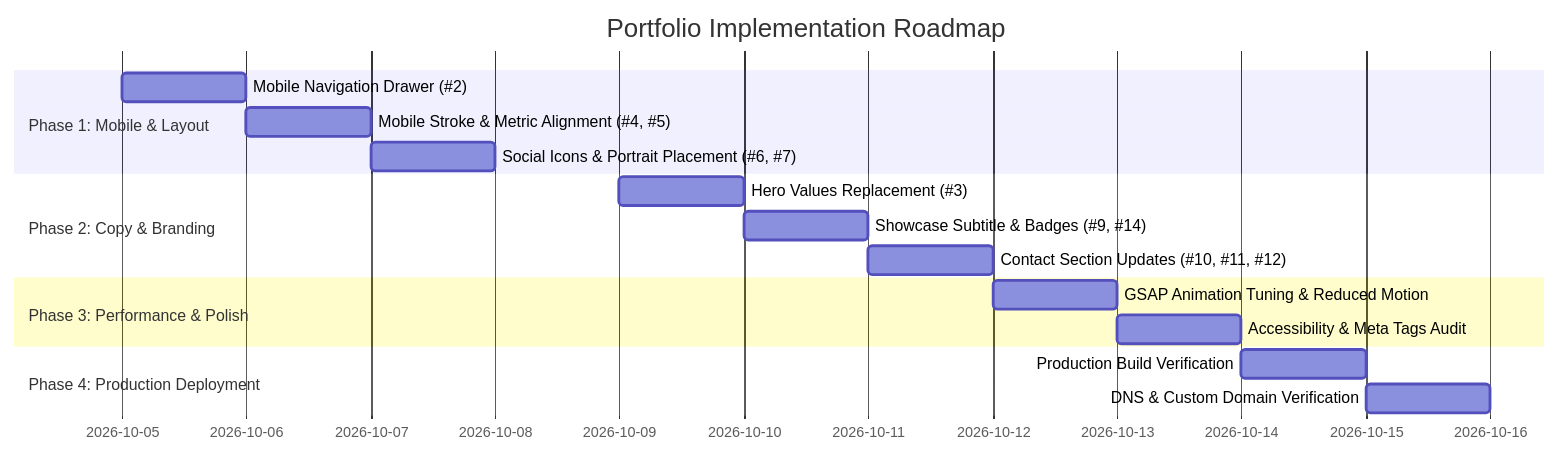
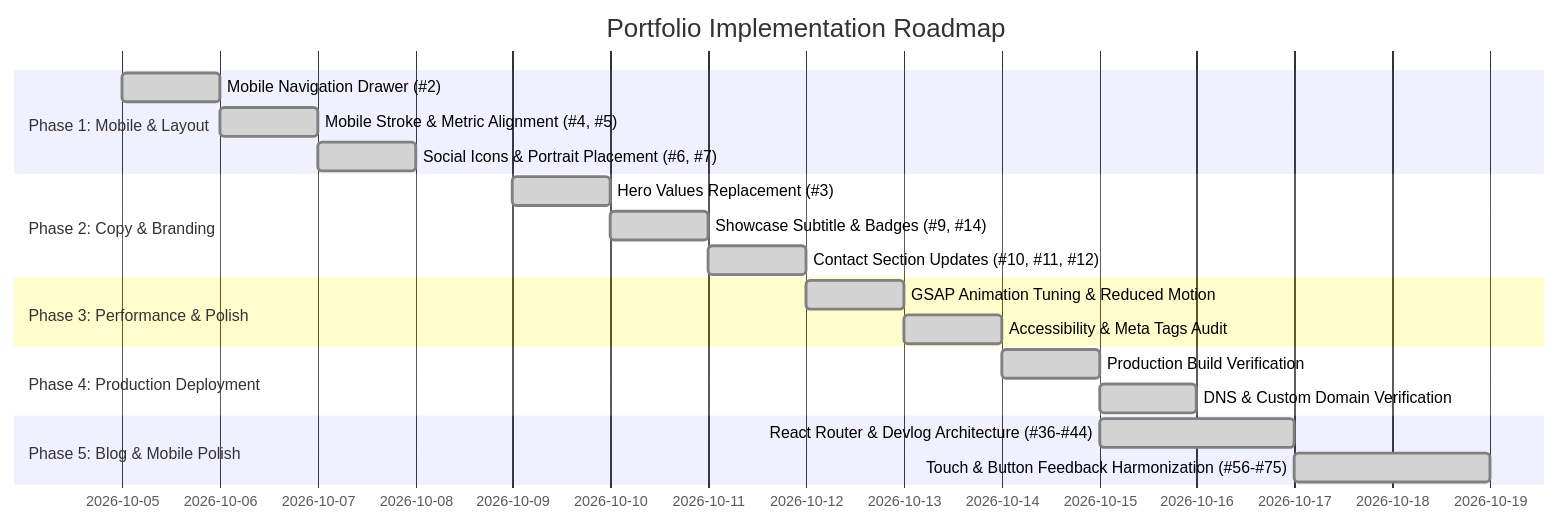
Before and after one commit to laanhema/swe-portfolio-website-2: the diagram in .agents/PRDs/PRD.md, drawn with Mermaid. The commit also changed other lines of this file and 4 other files, not shown here.

````diff
--- a/.agents/PRDs/PRD.md
+++ b/.agents/PRDs/PRD.md
@@ -342,20 +355,23 @@
 ```mermaid
 gantt
     title Portfolio Implementation Roadmap
     dateFormat  YYYY-MM-DD
     section Phase 1: Mobile & Layout
-    Mobile Navigation Drawer (#2)           :p1_1, 2026-10-05, 1d
-    Mobile Stroke & Metric Alignment (#4, #5):p1_2, after p1_1, 1d
-    Social Icons & Portrait Placement (#6, #7):p1_3, after p1_2, 1d
-    Section Alignment & Download Button (#8, #13):p1_4, after p1_3, 1d
+    Mobile Navigation Drawer (#2)           :done, p1_1, 2026-10-05, 1d
+    Mobile Stroke & Metric Alignment (#4, #5):done, p1_2, after p1_1, 1d
+    Social Icons & Portrait Placement (#6, #7):done, p1_3, after p1_2, 1d
+    Section Alignment & Download Button (#8, #13):done, p1_4, after p1_3, 1d
     section Phase 2: Copy & Branding
-    Hero Values Replacement (#3)            :p2_1, 2026-10-09, 1d
-    Showcase Subtitle & Badges (#9, #14)    :p2_2, after p2_1, 1d
-    Contact Section Updates (#10, #11, #12) :p2_3, after p2_2, 1d
+    Hero Values Replacement (#3)            :done, p2_1, 2026-10-09, 1d
+    Showcase Subtitle & Badges (#9, #14)    :done, p2_2, after p2_1, 1d
+    Contact Section Updates (#10, #11, #12) :done, p2_3, after p2_2, 1d
     section Phase 3: Performance & Polish
-    GSAP Animation Tuning & Reduced Motion  :p3_1, 2026-10-12, 1d
-    Accessibility & Meta Tags Audit         :p3_2, after p3_1, 1d
+    GSAP Animation Tuning & Reduced Motion  :done, p3_1, 2026-10-12, 1d
+    Accessibility & Meta Tags Audit         :done, p3_2, after p3_1, 1d
     section Phase 4: Production Deployment
-    Production Build Verification           :p4_1, 2026-10-14, 1d
-    DNS & Custom Domain Verification        :p4_2, after p4_1, 1d
+    Production Build Verification           :done, p4_1, 2026-10-14, 1d
+    DNS & Custom Domain Verification        :done, p4_2, after p4_1, 1d
+    section Phase 5: Blog & Mobile Polish
+    React Router & Devlog Architecture (#36-#44):done, p5_1, 2026-10-15, 2d
+    Touch & Button Feedback Harmonization (#56-#75):done, p5_2, after p5_1, 2d
 ```
````
